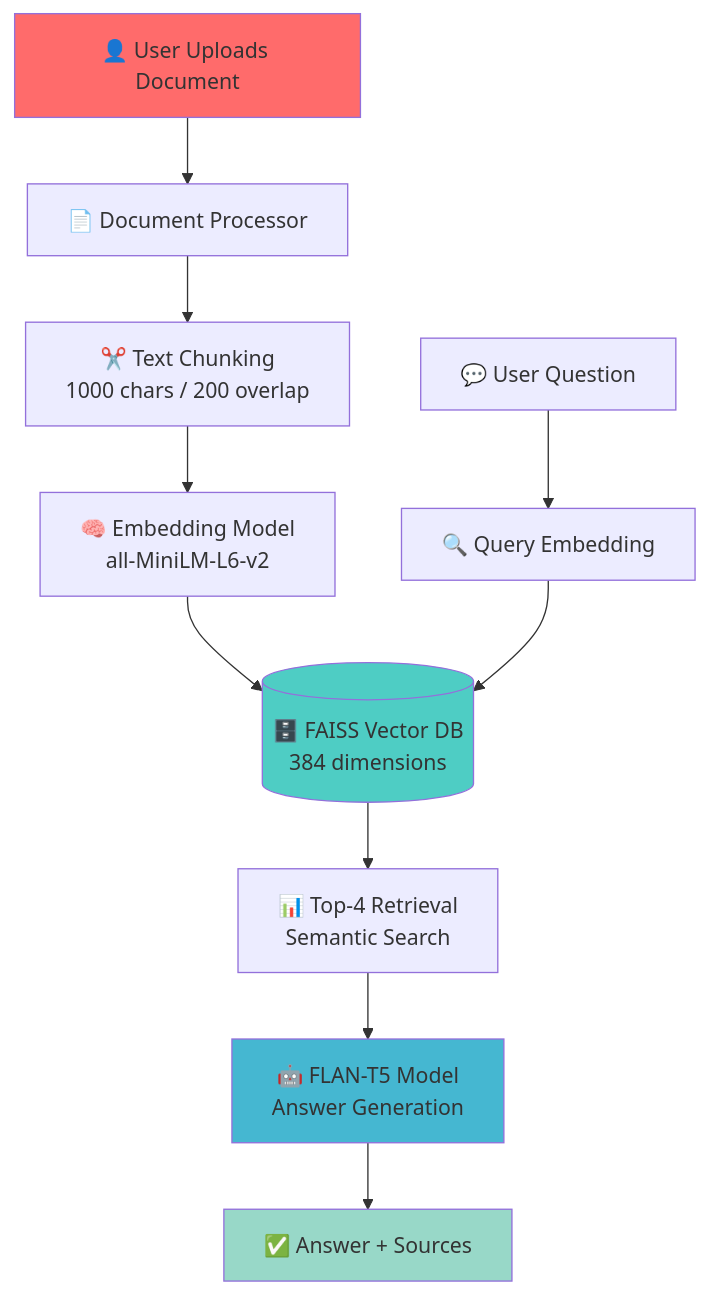
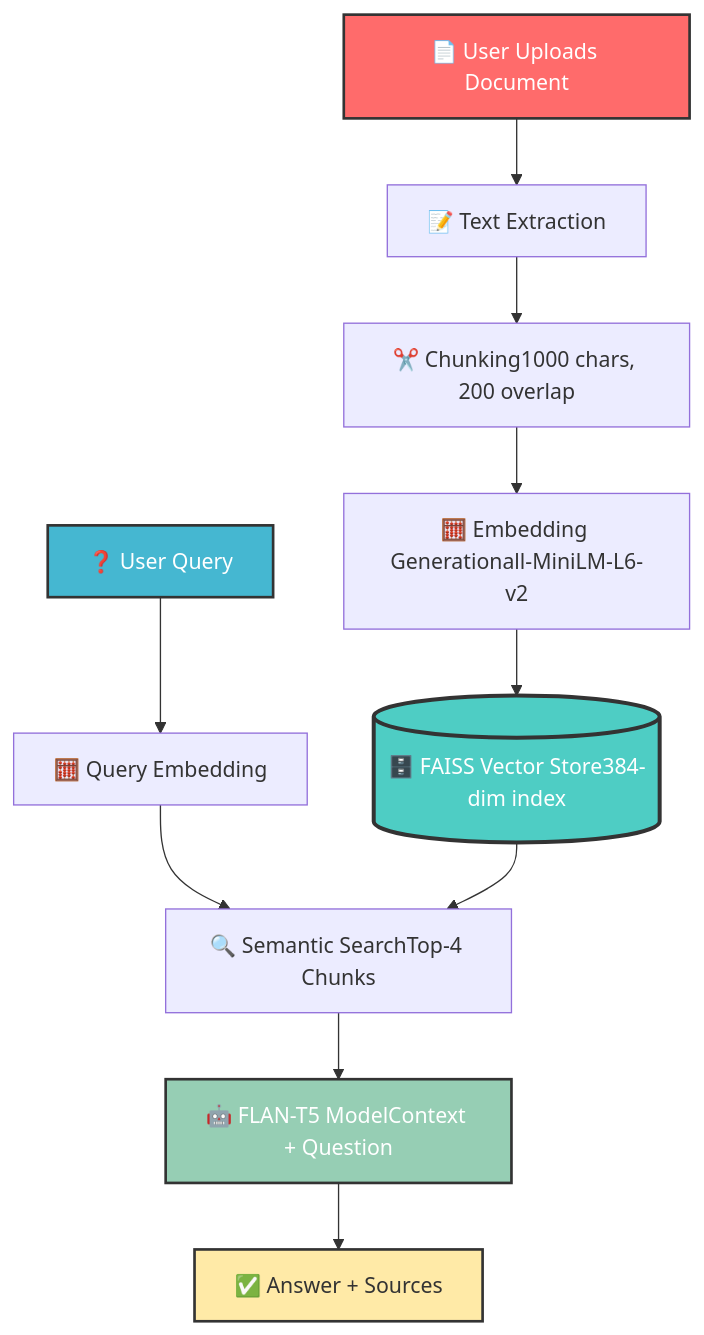
The second of 3 diagrams in README.md (24pwai0032-gif/rag-document-chat), drawn with Mermaid before and after one commit. The commit also changed other lines of this file, not shown here.

````diff
--- a/README.md
+++ b/README.md
@@ -157,18 +246,19 @@
 ```mermaid
-graph TB
-    A[👤 User Uploads Document] --> B[📄 Document Processor]
-    B --> C[✂️ Text Chunking<br/>1000 chars / 200 overlap]
-    C --> D[🧠 Embedding Model<br/>all-MiniLM-L6-v2]
-    D --> E[(🗄️ FAISS Vector DB<br/>384 dimensions)]
+flowchart TB
+    A[📄 User Uploads Document] --> B[📝 Text Extraction]
+    B --> C[✂️ Chunking1000 chars, 200 overlap]
+    C --> D[🧮 Embedding Generationall-MiniLM-L6-v2]
+    D --> E[(🗄️ FAISS Vector Store384-dim index)]
     
-    F[💬 User Question] --> G[🔍 Query Embedding]
-    G --> E
-    E --> H[📊 Top-4 Retrieval<br/>Semantic Search]
-    H --> I[🤖 FLAN-T5 Model<br/>Answer Generation]
+    F[❓ User Query] --> G[🧮 Query Embedding]
+    G --> H[🔍 Semantic SearchTop-4 Chunks]
+    E --> H
+    H --> I[🤖 FLAN-T5 ModelContext + Question]
     I --> J[✅ Answer + Sources]
     
-    style A fill:#FF6B6B
-    style E fill:#4ECDC4
-    style I fill:#45B7D1
-    style J fill:#98D8C8
+    style A fill:#FF6B6B,stroke:#333,stroke-width:2px,color:#fff
+    style E fill:#4ECDC4,stroke:#333,stroke-width:3px,color:#fff
+    style F fill:#45B7D1,stroke:#333,stroke-width:2px,color:#fff
+    style I fill:#96CEB4,stroke:#333,stroke-width:2px,color:#fff
+    style J fill:#FFEAA7,stroke:#333,stroke-width:2px,color:#333
 ```
````
